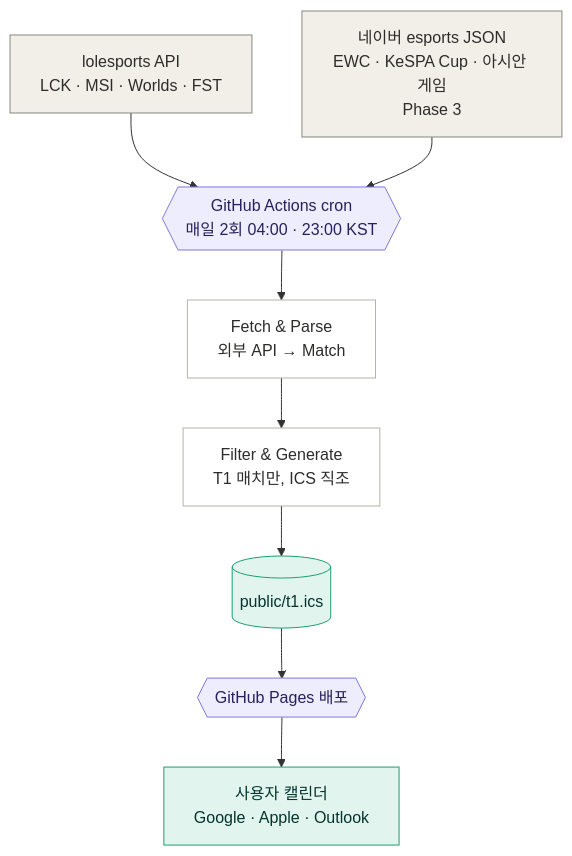
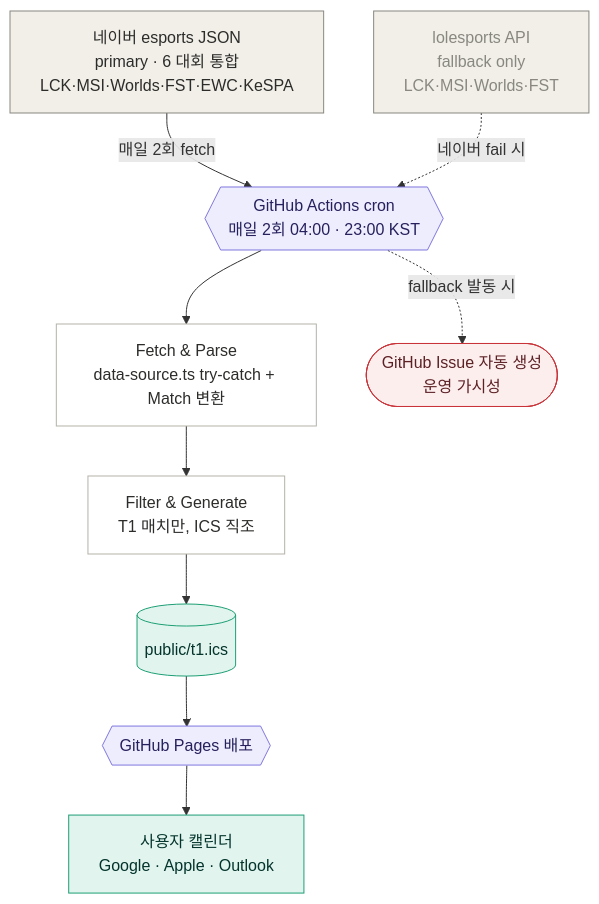
Before and after one commit to ericagong/lck-schedule-sync: the first of 2 diagrams in ARCHITECTURE.md, drawn with Mermaid. The commit also changed other lines of this file and 3 other files, not shown here.

Commit message:
chore(phase-3): 시각 검증 스크립트 + Actions Issue 알람 + ARCHITECTURE 반영

````diff
--- a/ARCHITECTURE.md
+++ b/ARCHITECTURE.md
@@ -9,19 +9,21 @@
 ```mermaid
 flowchart TD
-    lolesports[lolesports API<br/>LCK · MSI · Worlds · FST] --> cron
-    naver[네이버 esports JSON<br/>EWC · KeSPA Cup · 아시안 게임<br/>Phase 3] --> cron
+    naver[네이버 esports JSON<br/>primary · 6 대회 통합<br/>LCK·MSI·Worlds·FST·EWC·KeSPA] -->|매일 2회 fetch| cron
+    lolesports[lolesports API<br/>fallback only<br/>LCK·MSI·Worlds·FST] -.->|네이버 fail 시| cron
     cron{{GitHub Actions cron<br/>매일 2회 04:00 · 23:00 KST}} --> fetchparse
-    fetchparse[Fetch & Parse<br/>외부 API → Match] --> filtergen
+    fetchparse[Fetch & Parse<br/>data-source.ts try-catch + Match 변환] --> filtergen
     filtergen[Filter & Generate<br/>T1 매치만, ICS 직조] --> icsfile
     icsfile[(public/t1.ics)] --> pages{{GitHub Pages 배포}}
     pages --> calendar[사용자 캘린더<br/>Google · Apple · Outlook]
+    cron -.->|fallback 발동 시| issue([GitHub Issue 자동 생성<br/>운영 가시성])
 
-    style lolesports fill:#F1EFE8,stroke:#888780,color:#2C2C2A
     style naver fill:#F1EFE8,stroke:#888780,color:#2C2C2A
+    style lolesports fill:#F1EFE8,stroke:#888780,color:#888780
     style cron fill:#EEEDFE,stroke:#7F77DD,color:#26215C
     style fetchparse fill:#ffffff,stroke:#B4B2A9,color:#2C2C2A
     style filtergen fill:#ffffff,stroke:#B4B2A9,color:#2C2C2A
     style icsfile fill:#E1F5EE,stroke:#1D9E75,color:#04342C
     style pages fill:#EEEDFE,stroke:#7F77DD,color:#26215C
     style calendar fill:#E1F5EE,stroke:#1D9E75,color:#04342C
+    style issue fill:#FDEEEE,stroke:#C9343A,color:#5C2125
 ```
````
